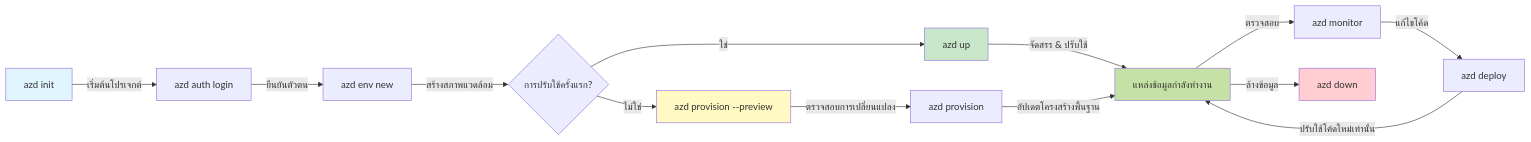
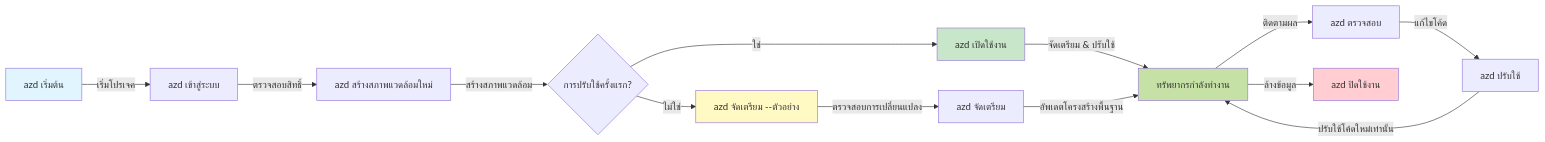
The first of 2 diagrams in translations/th/docs/chapter-01-foundation/azd-basics.md (microsoft/AZD-for-beginners), drawn with Mermaid before and after one commit. The commit also changed other lines of this file and 101 other files, not shown here.

````diff
--- a/translations/th/docs/chapter-01-foundation/azd-basics.md
+++ b/translations/th/docs/chapter-01-foundation/azd-basics.md
@@ -269,21 +269,21 @@
 ```mermaid
 graph LR
-    A[azd init] -->|เริ่มต้นโปรเจกต์| B[azd auth login]
-    B -->|ยืนยันตัวตน| C[azd env new]
+    A[azd เริ่มต้น] -->|เริ่มโปรเจค| B[azd เข้าสู่ระบบ]
+    B -->|ตรวจสอบสิทธิ์| C[azd สร้างสภาพแวดล้อมใหม่]
     C -->|สร้างสภาพแวดล้อม| D{การปรับใช้ครั้งแรก?}
-    D -->|ใช่| E[azd up]
-    D -->|ไม่ใช่| F[azd provision --preview]
-    F -->|ตรวจสอบการเปลี่ยนแปลง| G[azd provision]
-    E -->|จัดสรร & ปรับใช้| H[แหล่งข้อมูลกำลังทำงาน]
-    G -->|อัปเดตโครงสร้างพื้นฐาน| H
-    H -->|ตรวจสอบ| I[azd monitor]
-    I -->|แก้ไขโค้ด| J[azd deploy]
+    D -->|ใช่| E[azd เปิดใช้งาน]
+    D -->|ไม่ใช่| F[azd จัดเตรียม --ตัวอย่าง]
+    F -->|ตรวจสอบการเปลี่ยนแปลง| G[azd จัดเตรียม]
+    E -->|จัดเตรียม & ปรับใช้| H[ทรัพยากรกำลังทำงาน]
+    G -->|อัพเดตโครงสร้างพื้นฐาน| H
+    H -->|ติดตามผล| I[azd ตรวจสอบ]
+    I -->|แก้ไขโค้ด| J[azd ปรับใช้]
     J -->|ปรับใช้โค้ดใหม่เท่านั้น| H
-    H -->|ล้างข้อมูล| K[azd down]
+    H -->|ล้างข้อมูล| K[azd ปิดใช้งาน]
     
     style A fill:#e1f5fe
     style E fill:#c8e6c9
     style F fill:#fff9c4
     style H fill:#c5e1a5
     style K fill:#ffcdd2
 ```
````
